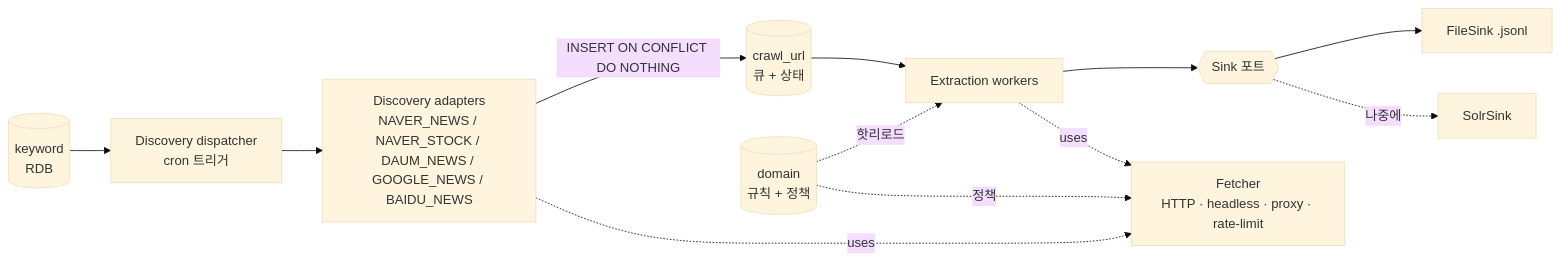
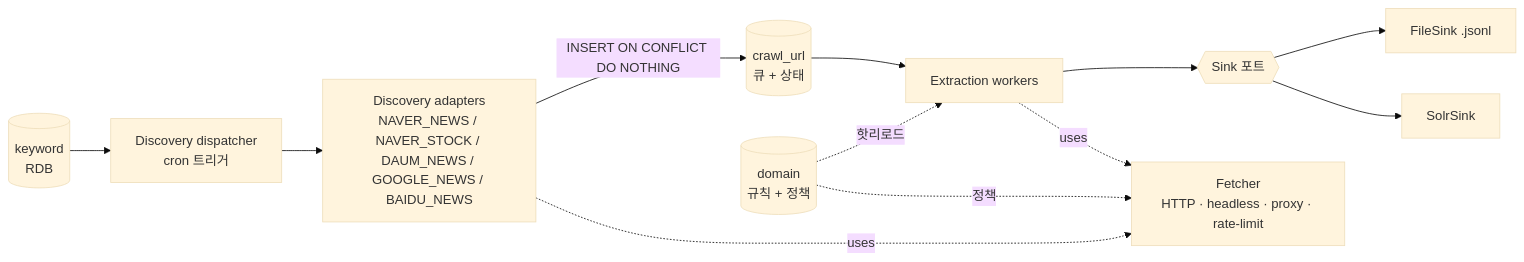
The first of 3 diagrams in docs/keyword-crawler-design.md (JHS-on-Lab/discovery-worker), drawn with Mermaid (base theme) before and after one commit. The commit also changed other lines of this file and 5 other files, not shown here.

````diff
--- a/docs/keyword-crawler-design.md
+++ b/docs/keyword-crawler-design.md
@@ -36,14 +36,14 @@
 ```mermaid
 flowchart LR
   KW[(keyword<br/>RDB)] --> DISP[Discovery dispatcher<br/>cron 트리거]
   DISP --> DA[Discovery adapters<br/>NAVER_NEWS / NAVER_STOCK / DAUM_NEWS / GOOGLE_NEWS / BAIDU_NEWS]
   DA -->|INSERT ON CONFLICT DO NOTHING| AU[(crawl_url<br/>큐 + 상태)]
   AU --> EX[Extraction workers]
   EX --> SINK{{Sink 포트}}
   SINK --> FILE[FileSink .jsonl]
-  SINK -. 나중에 .-> SOLR[SolrSink]
+  SINK --> SOLR[SolrSink]
   DA -. uses .-> FET[Fetcher<br/>HTTP · headless · proxy · rate-limit]
   EX -. uses .-> FET
   DOM[(domain<br/>규칙 + 정책)] -. 핫리로드 .-> EX
   DOM -. 정책 .-> FET
 ```
````
